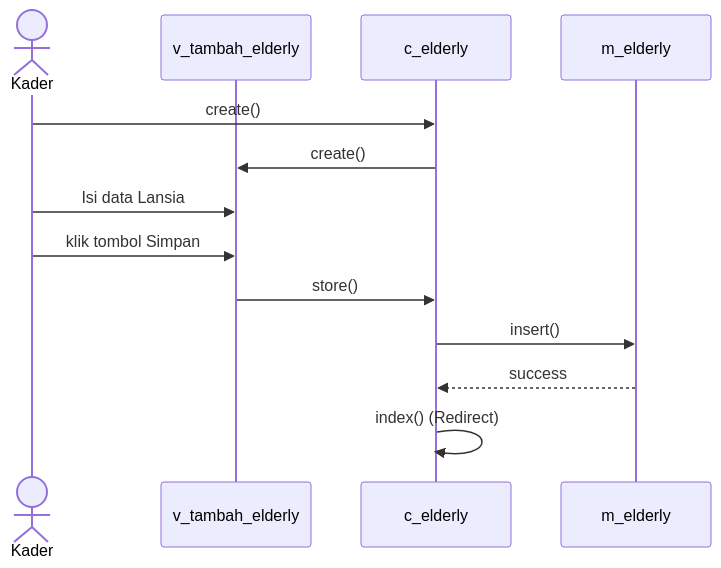
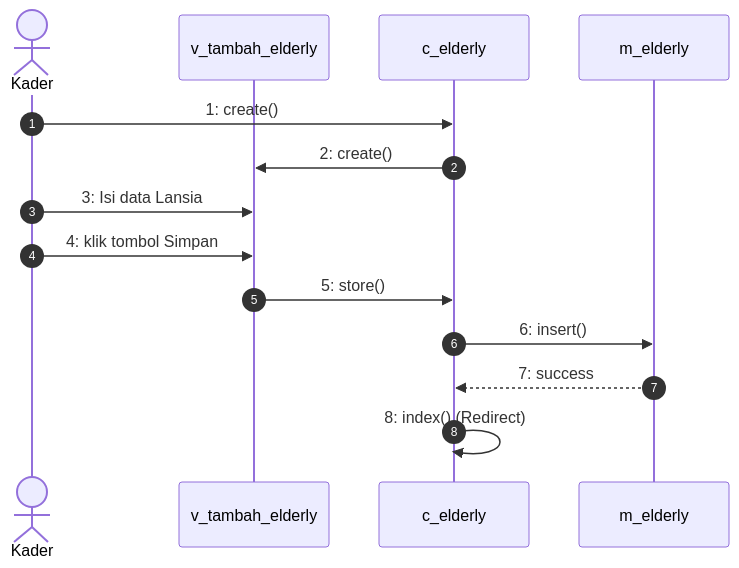
Diagram 12 of 16 in plan-diagram.md (ahmadsanny2/posyandu-app), drawn with Mermaid before and after one commit. The commit also changed other lines of this file, not shown here.

Commit message:
docs: add sequence diagram autonumbering and manual labels

````diff
--- a/plan-diagram.md
+++ b/plan-diagram.md
@@ -529,16 +534,17 @@
 ```mermaid
 sequenceDiagram
+    autonumber
     actor Kader as Kader
     participant Boundary as v_tambah_elderly
     participant Control as c_elderly
     participant Entity as m_elderly
 
-    Kader->>Control: create()
-    Control->>Boundary: create()
-    Kader->>Boundary: Isi data Lansia
-    Kader->>Boundary: klik tombol Simpan
-    Boundary->>Control: store()
-    Control->>Entity: insert()
-    Entity-->>Control: success
-    Control->>Control: index() (Redirect)
+    Kader->>Control: 1: create()
+    Control->>Boundary: 2: create()
+    Kader->>Boundary: 3: Isi data Lansia
+    Kader->>Boundary: 4: klik tombol Simpan
+    Boundary->>Control: 5: store()
+    Control->>Entity: 6: insert()
+    Entity-->>Control: 7: success
+    Control->>Control: 8: index() (Redirect)
 ```
````
